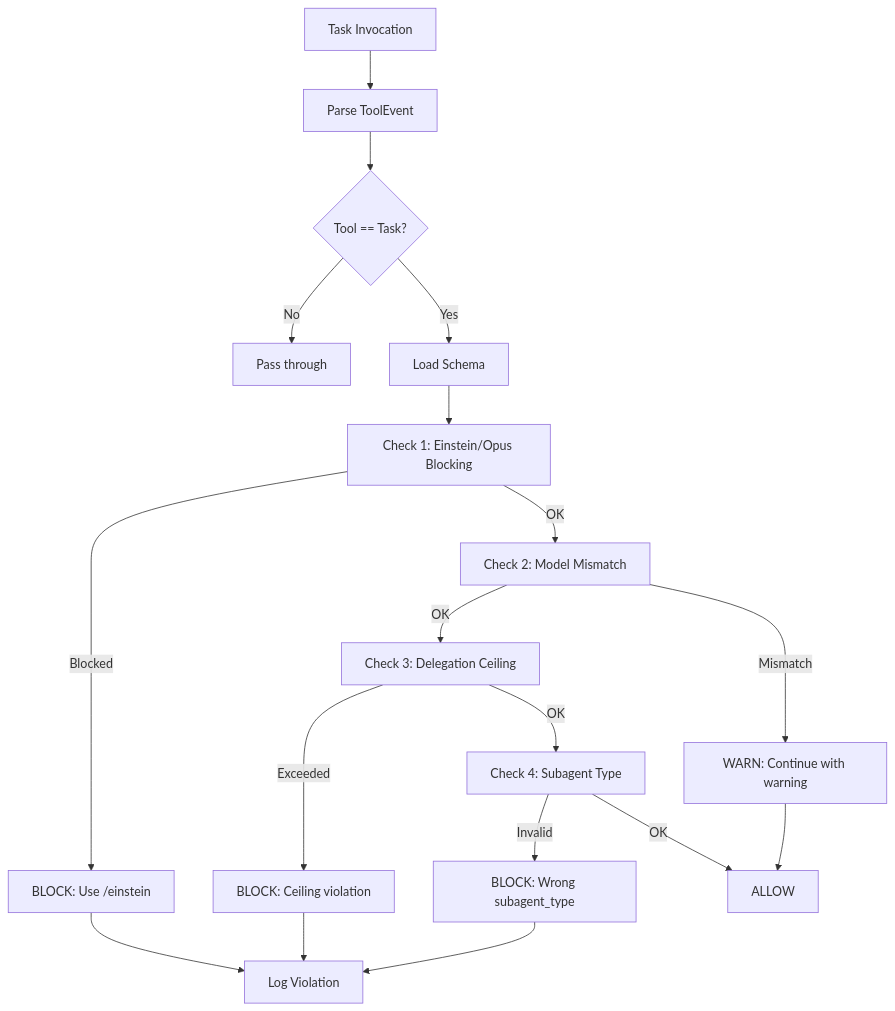
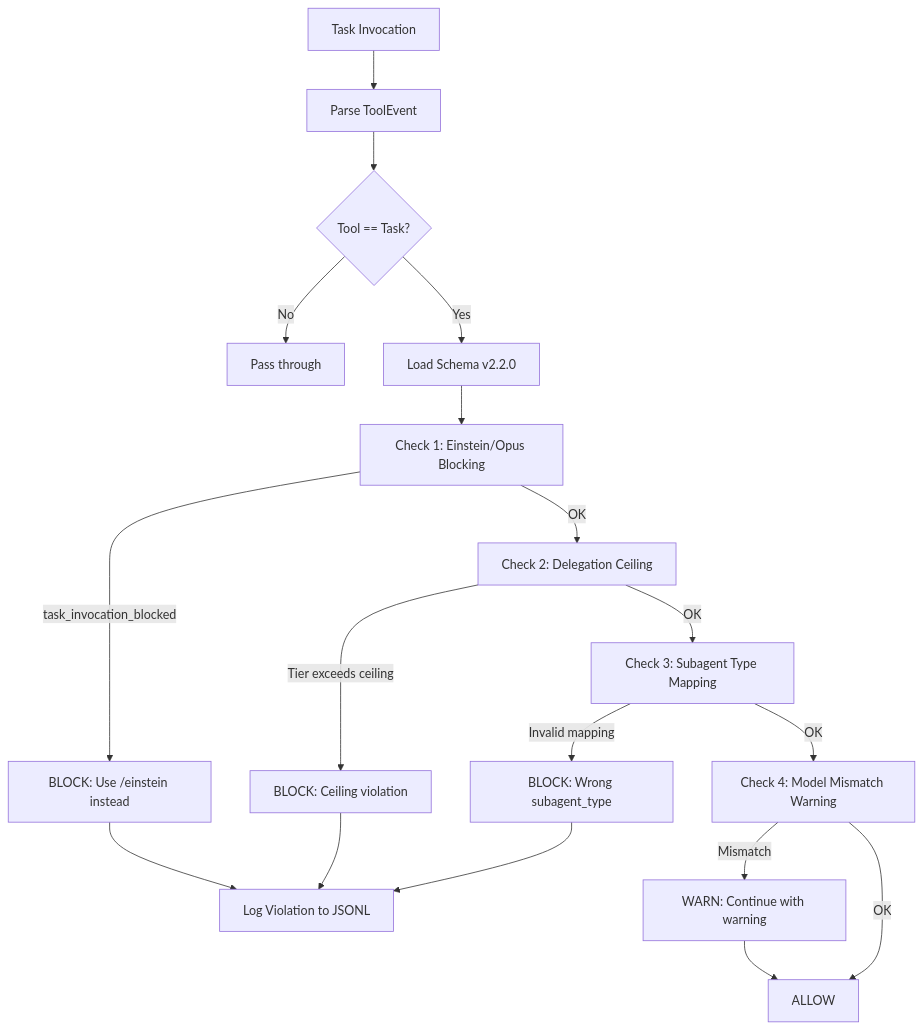
The fifth of 6 diagrams in docs/systems-architecture-overview.md (Bucket-Chemist/goYoke), drawn with Mermaid before and after one commit. The commit also changed other lines of this file and 71 other files, not shown here.

````diff
--- a/docs/systems-architecture-overview.md
+++ b/docs/systems-architecture-overview.md
@@ -348,26 +596,26 @@
 ```mermaid
 flowchart TD
     input[Task Invocation] --> parse[Parse ToolEvent]
     parse --> check1{Tool == Task?}
 
     check1 -->|No| pass1[Pass through]
-    check1 -->|Yes| load[Load Schema]
+    check1 -->|Yes| load[Load Schema v2.2.0]
 
     load --> v1[Check 1: Einstein/Opus Blocking]
-    v1 -->|Blocked| block1[BLOCK: Use /einstein]
-    v1 -->|OK| v2[Check 2: Model Mismatch]
+    v1 -->|task_invocation_blocked| block1[BLOCK: Use /einstein instead]
+    v1 -->|OK| v2[Check 2: Delegation Ceiling]
 
-    v2 -->|Mismatch| warn[WARN: Continue with warning]
-    v2 -->|OK| v3[Check 3: Delegation Ceiling]
+    v2 -->|Tier exceeds ceiling| block2[BLOCK: Ceiling violation]
+    v2 -->|OK| v3[Check 3: Subagent Type Mapping]
 
-    v3 -->|Exceeded| block2[BLOCK: Ceiling violation]
-    v3 -->|OK| v4[Check 4: Subagent Type]
+    v3 -->|Invalid mapping| block3[BLOCK: Wrong subagent_type]
+    v3 -->|OK| v4[Check 4: Model Mismatch Warning]
 
-    v4 -->|Invalid| block3[BLOCK: Wrong subagent_type]
+    v4 -->|Mismatch| warn[WARN: Continue with warning]
     v4 -->|OK| allow[ALLOW]
 
-    block1 --> log[Log Violation]
+    block1 --> log[Log Violation to JSONL]
     block2 --> log
     block3 --> log
     warn --> allow
 ```
````
